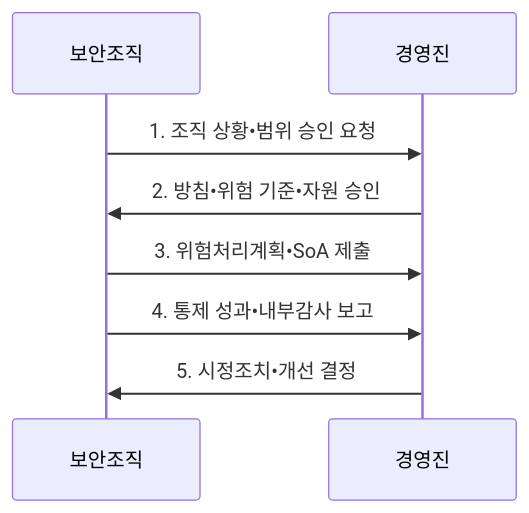
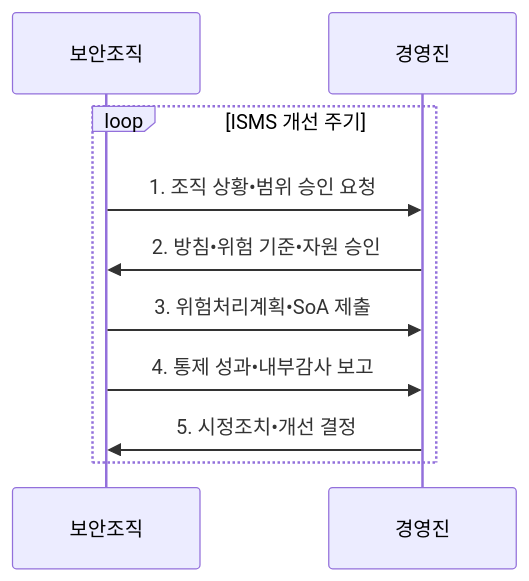
The second of 2 diagrams in src/content/docs/notes/07-law-policy/029_iso_27001.md (agnusdei1207/knowledge-base), drawn with Mermaid before and after one commit. The commit also changed other lines of this file and 20 other files, not shown here.

````diff
--- a/src/content/docs/notes/07-law-policy/029_iso_27001.md
+++ b/src/content/docs/notes/07-law-policy/029_iso_27001.md
@@ -105,10 +105,12 @@
 ```mermaid
 sequenceDiagram
     participant 보안조직
     participant 경영진
-    보안조직->>경영진: 1. 조직 상황•범위 승인 요청
-    경영진->>보안조직: 2. 방침•위험 기준•자원 승인
-    보안조직->>경영진: 3. 위험처리계획•SoA 제출
-    보안조직->>경영진: 4. 통제 성과•내부감사 보고
-    경영진->>보안조직: 5. 시정조치•개선 결정
+    loop ISMS 개선 주기
+        보안조직->>경영진: 1. 조직 상황•범위 승인 요청
+        경영진->>보안조직: 2. 방침•위험 기준•자원 승인
+        보안조직->>경영진: 3. 위험처리계획•SoA 제출
+        보안조직->>경영진: 4. 통제 성과•내부감사 보고
+        경영진->>보안조직: 5. 시정조치•개선 결정
+    end
 ```
````
